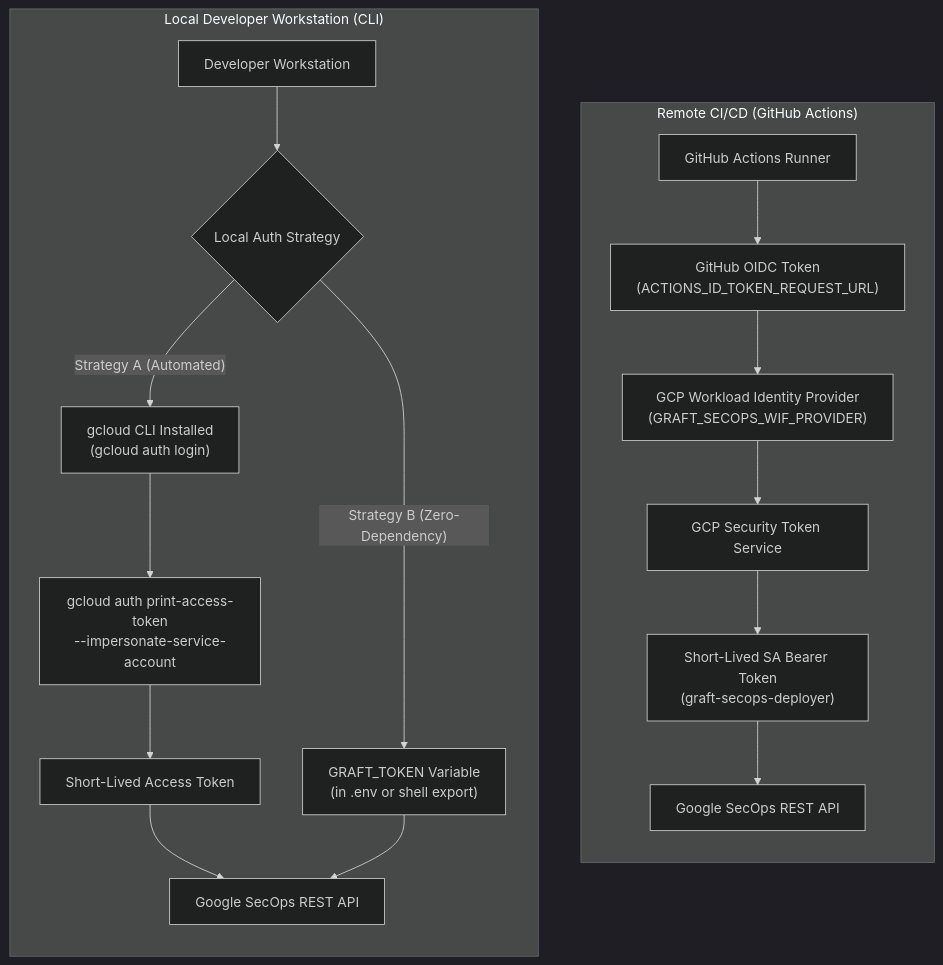
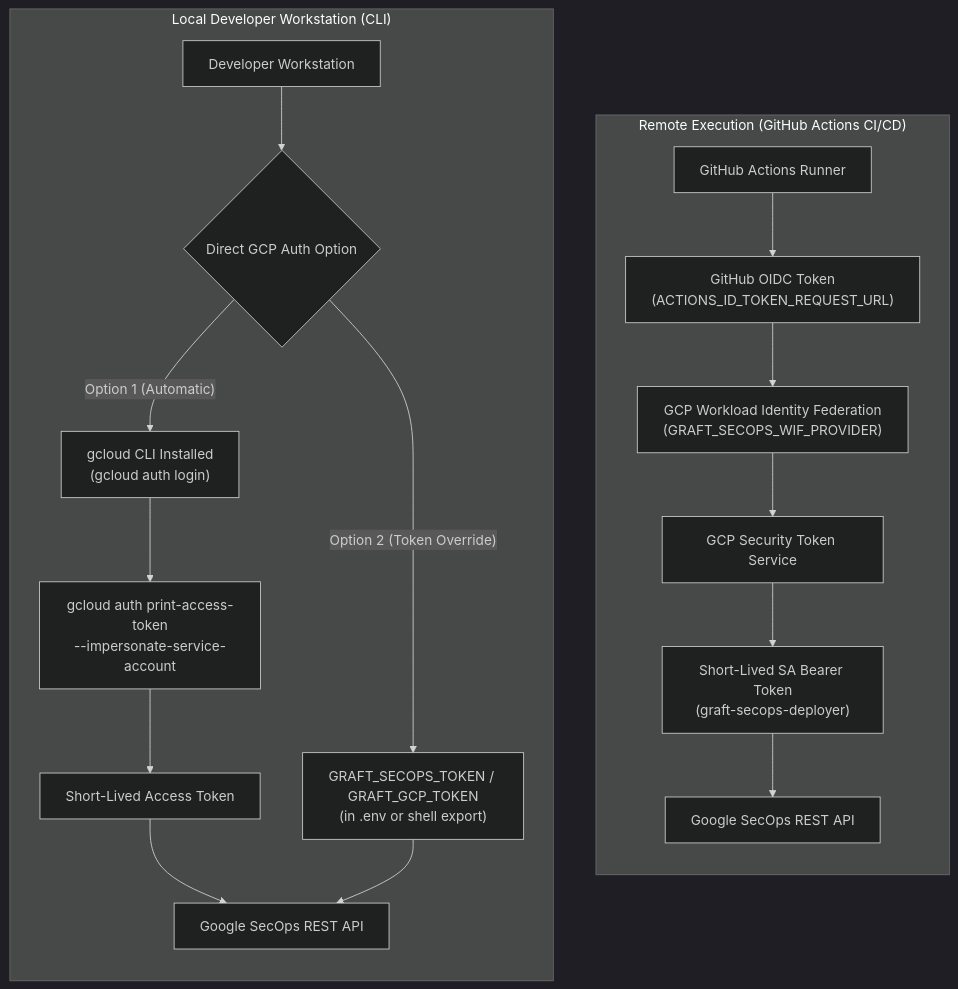
The second of 2 diagrams in docs/engines/secops.md (lopes/graft), drawn with Mermaid (dark theme) before and after one commit. The commit also changed other lines of this file and 2 other files, not shown here.

Commit message:
secops,docs: support GRAFT_SECOPS_TOKEN grammar and document direct GCP auth options

````diff
--- a/docs/engines/secops.md
+++ b/docs/engines/secops.md
@@ -56,24 +269,24 @@
 ```mermaid
 flowchart TD
-    subgraph REMOTE["Remote CI/CD (GitHub Actions)"]
+    subgraph REMOTE["Remote Execution (GitHub Actions CI/CD)"]
         direction TB
         RUNNER["GitHub Actions Runner"] --> OIDC["GitHub OIDC Token<br/>(ACTIONS_ID_TOKEN_REQUEST_URL)"]
-        OIDC --> WIF["GCP Workload Identity Provider<br/>(GRAFT_SECOPS_WIF_PROVIDER)"]
+        OIDC --> WIF["GCP Workload Identity Federation<br/>(GRAFT_SECOPS_WIF_PROVIDER)"]
         WIF --> STS["GCP Security Token Service"]
         STS --> SA_TOKEN_REMOTE["Short-Lived SA Bearer Token<br/>(graft-secops-deployer)"]
         SA_TOKEN_REMOTE --> CHRONICLE_API_REMOTE["Google SecOps REST API"]
     end
 
     subgraph LOCAL["Local Developer Workstation (CLI)"]
         direction TB
-        DEV["Developer Workstation"] --> AUTH_CHOICE{"Local Auth Strategy"}
+        DEV["Developer Workstation"] --> AUTH_CHOICE{"Direct GCP Auth Option"}
         
-        AUTH_CHOICE -- "Strategy A (Automated)" --> GCLOUD["gcloud CLI Installed<br/>(gcloud auth login)"]
+        AUTH_CHOICE -- "Option 1 (Automatic)" --> GCLOUD["gcloud CLI Installed<br/>(gcloud auth login)"]
         GCLOUD --> SA_IMPERSONATE["gcloud auth print-access-token<br/>--impersonate-service-account"]
         SA_IMPERSONATE --> SA_TOKEN_LOCAL["Short-Lived Access Token"]
         SA_TOKEN_LOCAL --> CHRONICLE_API_LOCAL["Google SecOps REST API"]
 
-        AUTH_CHOICE -- "Strategy B (Zero-Dependency)" --> TOKEN_ENV["GRAFT_TOKEN Variable<br/>(in .env or shell export)"]
+        AUTH_CHOICE -- "Option 2 (Token Override)" --> TOKEN_ENV["GRAFT_SECOPS_TOKEN / GRAFT_GCP_TOKEN<br/>(in .env or shell export)"]
         TOKEN_ENV --> CHRONICLE_API_LOCAL
     end
 ```
````
